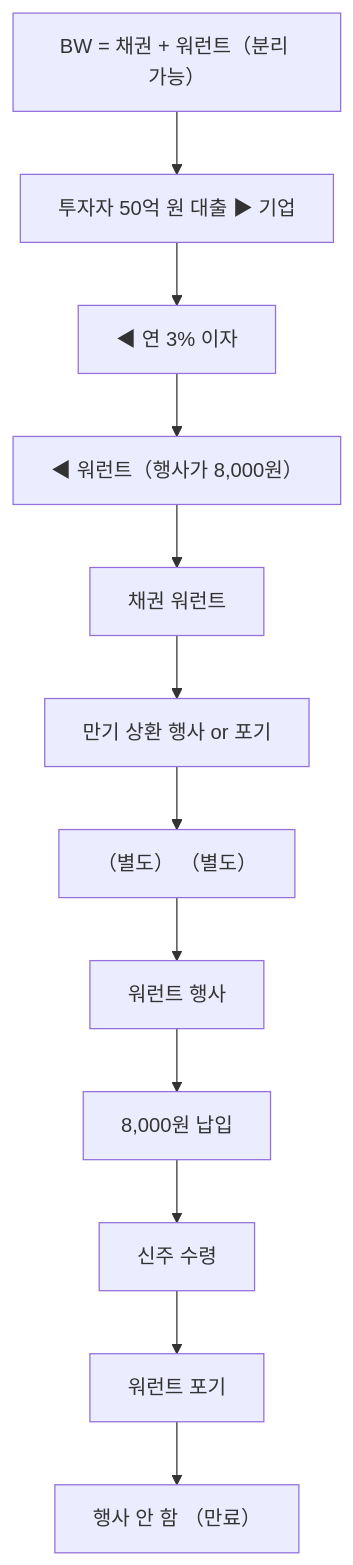
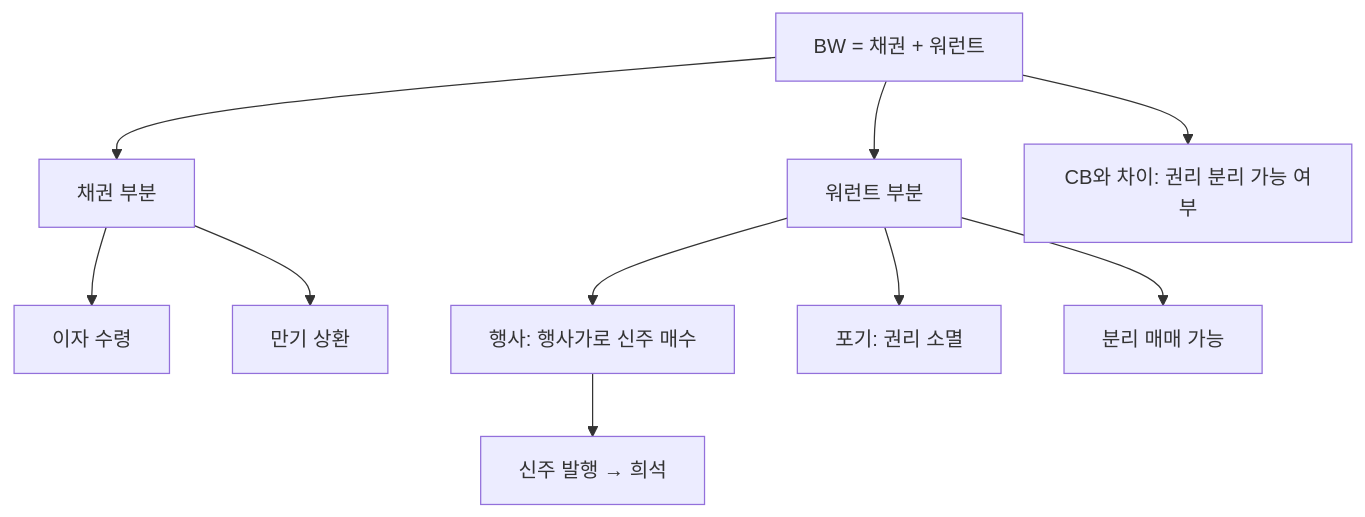
Before and after one commit to yeongseon/stock-visual-note: the diagram in content/stock-terms/ko/level-07-earnings/bond-with-warrant.md, drawn with Mermaid. The commit also changed other lines of this file and 96 other files, not shown here.

Commit message:
Rewrite all 98 remaining articles: branching Mermaid diagrams, natural search_intent, compelling seo_titles, clean descriptions

````diff
--- a/content/stock-terms/ko/level-07-earnings/bond-with-warrant.md
+++ b/content/stock-terms/ko/level-07-earnings/bond-with-warrant.md
@@ -42,26 +42,13 @@
 ```mermaid
 graph TD
-    A0["BW = 채권 + 워런트（분리 가능）"]
-    A1["투자자 50억 원 대출 ▶ 기업"]
-    A2["◀ 연 3% 이자"]
-    A3["◀ 워런트（행사가 8,000원）"]
-    A4["채권 워런트"]
-    A5["만기 상환 행사 or 포기"]
-    A6["（별도） （별도）"]
-    A7["워런트 행사"]
-    A8["8,000원 납입"]
-    A9["신주 수령"]
-    A10["워런트 포기"]
-    A11["행사 안 함 （만료）"]
-    A0 --> A1
-    A1 --> A2
-    A2 --> A3
-    A3 --> A4
-    A4 --> A5
-    A5 --> A6
-    A6 --> A7
-    A7 --> A8
-    A8 --> A9
-    A9 --> A10
-    A10 --> A11
+    A["BW = 채권 + 워런트"]
+    A --> B["채권 부분"]
+    A --> C["워런트 부분"]
+    B --> B1["이자 수령"]
+    B --> B2["만기 상환"]
+    C --> C1["행사: 행사가로 신주 매수"]
+    C --> C2["포기: 권리 소멸"]
+    C --> C3["분리 매매 가능"]
+    C1 --> D["신주 발행 → 희석"]
+    A --> E["CB와 차이: 권리 분리 가능 여부"]
 ```
````
